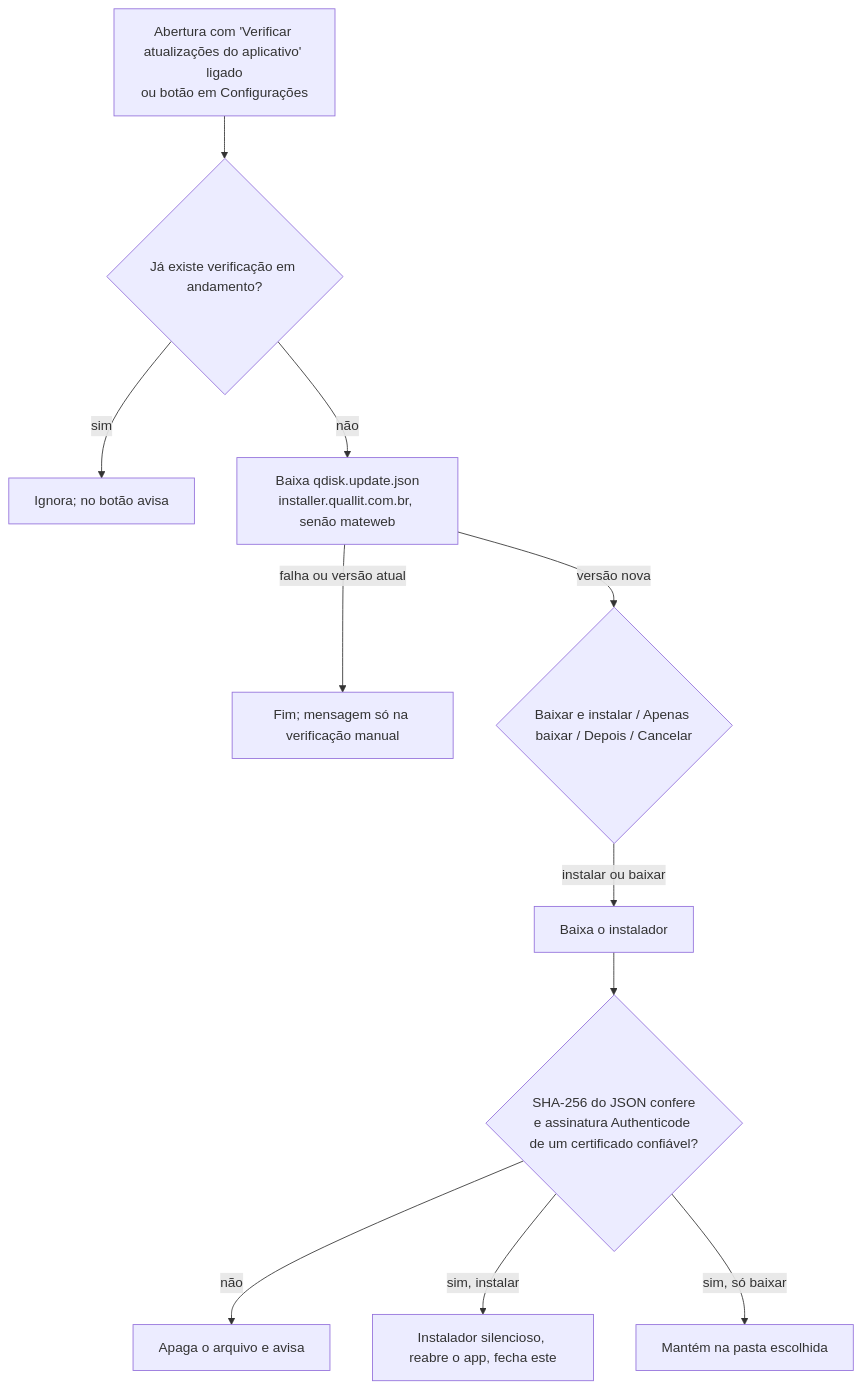
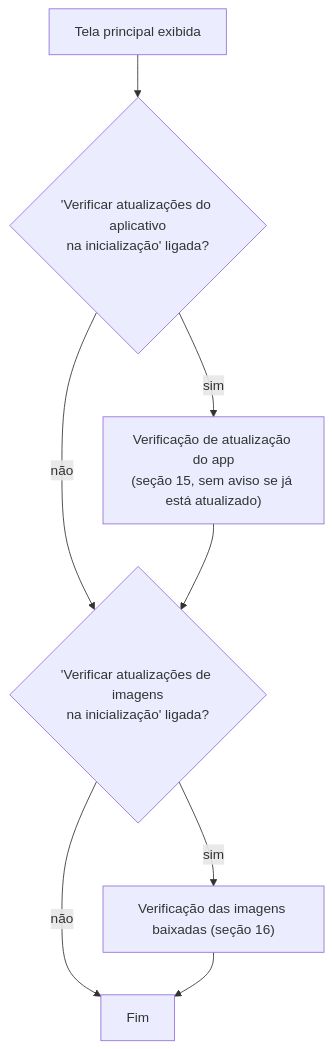
Before and after one commit to MarceloSobral-Quallit/Q-DISK: the fourth of 15 diagrams in docs/FLUXOS_APP.md, drawn with Mermaid. The commit also changed other lines of this file, not shown here.

Commit message:
docs: fluxos do aplicativo conforme o código

````diff
--- a/docs/FLUXOS_APP.md
+++ b/docs/FLUXOS_APP.md
@@ -66,13 +174,10 @@
 ```mermaid
 flowchart TD
-    A[Abertura com 'Verificar atualizações do aplicativo' ligado<br/>ou botão em Configurações] --> G{Já existe verificação em andamento?}
-    G -- sim --> I[Ignora; no botão avisa]
-    G -- não --> B[Baixa qdisk.update.json<br/>installer.quallit.com.br, senão mateweb]
-    B -- falha ou versão atual --> Z[Fim; mensagem só na verificação manual]
-    B -- versão nova --> D{Baixar e instalar / Apenas baixar / Depois / Cancelar}
-    D -- instalar ou baixar --> C[Baixa o instalador]
-    C --> V{SHA-256 do JSON confere<br/>e assinatura Authenticode de um certificado confiável?}
-    V -- não --> R[Apaga o arquivo e avisa]
-    V -- sim, instalar --> S[Instalador silencioso, reabre o app, fecha este]
-    V -- sim, só baixar --> K[Mantém na pasta escolhida]
+    A["Tela principal exibida"] --> B{"'Verificar atualizações do aplicativo<br/>na inicialização' ligada?"}
+    B -- "sim" --> C["Verificação de atualização do app<br/>(seção 15, sem aviso se já está atualizado)"]
+    B -- "não" --> D
+    C --> D{"'Verificar atualizações de imagens<br/>na inicialização' ligada?"}
+    D -- "sim" --> E["Verificação das imagens baixadas (seção 16)"]
+    D -- "não" --> F["Fim"]
+    E --> F
 ```
````
